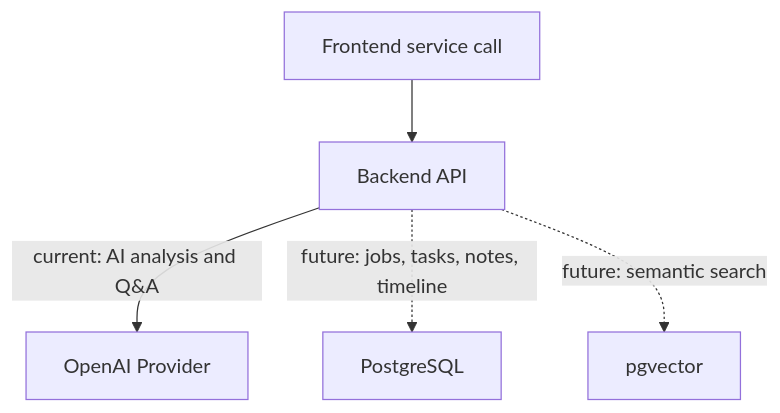
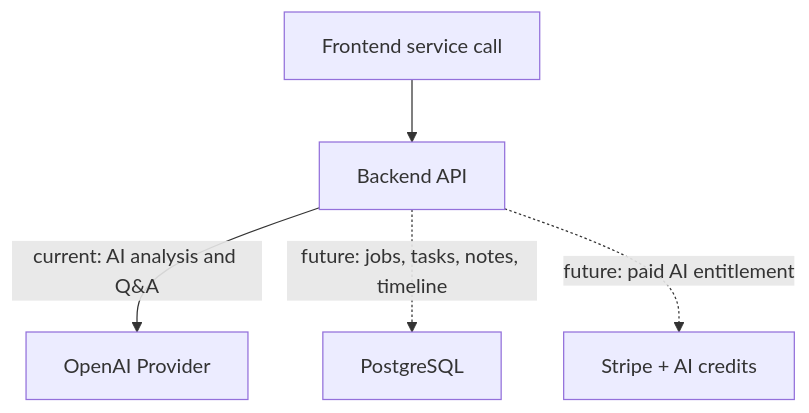
The fourth of 4 diagrams in docs/architecture.md (deepanrajj/ai-job-assistant), drawn with Mermaid before and after one commit. The commit also changed other lines of this file and 77 other files, not shown here.

First line of the commit message:
chore(): updated application roadmap (#2)

````diff
--- a/docs/architecture.md
+++ b/docs/architecture.md
@@ -72,8 +72,8 @@
 ```mermaid
 flowchart TD
   Frontend["Frontend service call"] --> Backend["Backend API"]
 
   Backend -->|"current: AI analysis and Q&A"| Provider["OpenAI Provider"]
   Backend -. "future: jobs, tasks, notes, timeline" .-> Database["PostgreSQL"]
-  Backend -. "future: semantic search" .-> VectorStore["pgvector"]
+  Backend -. "future: paid AI entitlement" .-> Billing["Stripe + AI credits"]
 ```
````
